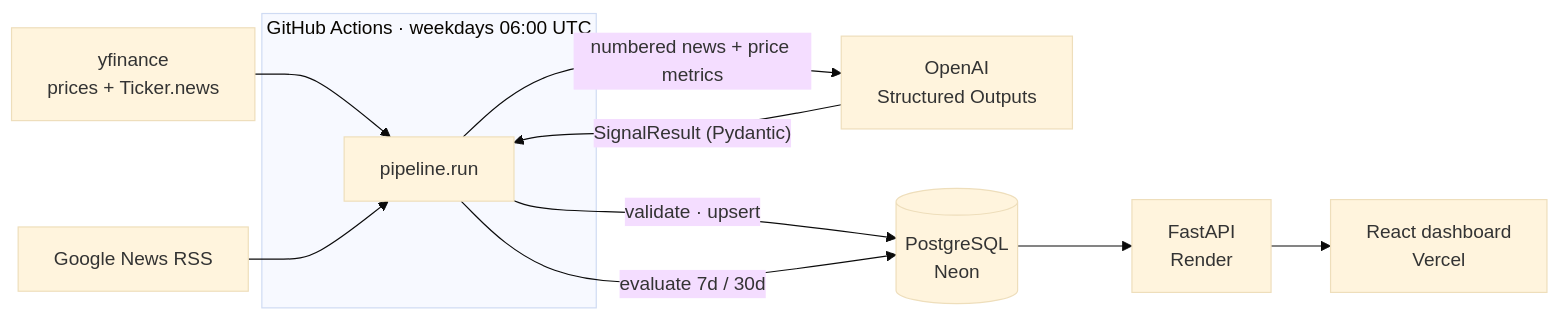
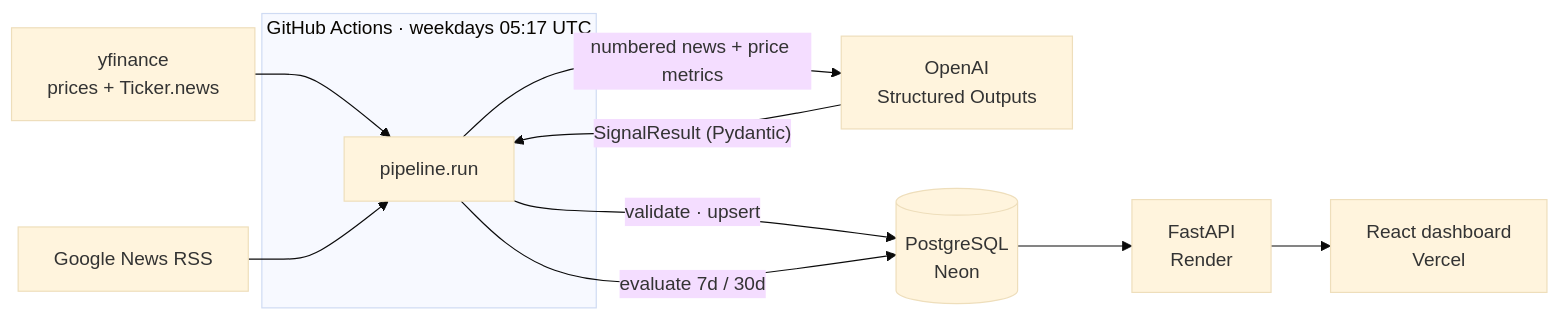
Before and after one commit to olegicks/SignalForge-AI: the diagram in README.md, drawn with Mermaid (base theme). The commit also changed other lines of this file and 8 other files, not shown here.

````diff
--- a/README.md
+++ b/README.md
@@ -60,14 +60,14 @@
 ```mermaid
 flowchart LR
-    subgraph GH["GitHub Actions · weekdays 06:00 UTC"]
+    subgraph GH["GitHub Actions · weekdays 05:17 UTC"]
         P["pipeline.run"]
     end
     YF["yfinance<br/>prices + Ticker.news"] --> P
     GN["Google News RSS"] --> P
     P -- "numbered news + price metrics" --> LLM["OpenAI<br/>Structured Outputs"]
     LLM -- "SignalResult (Pydantic)" --> P
     P -- "validate · upsert" --> DB[("PostgreSQL<br/>Neon")]
     P -- "evaluate 7d / 30d" --> DB
     DB --> API["FastAPI<br/>Render"]
     API --> WEB["React dashboard<br/>Vercel"]
 ```
````
